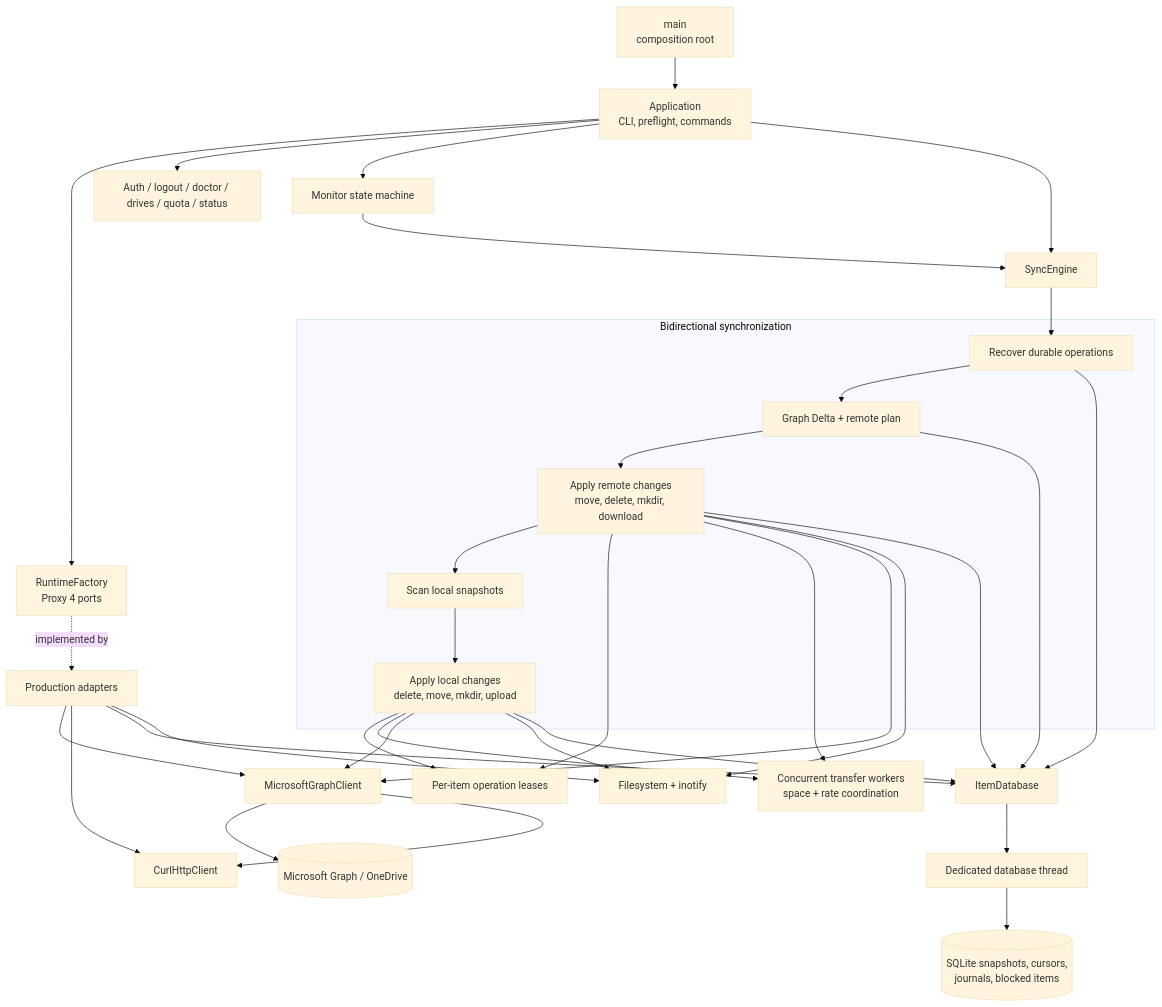
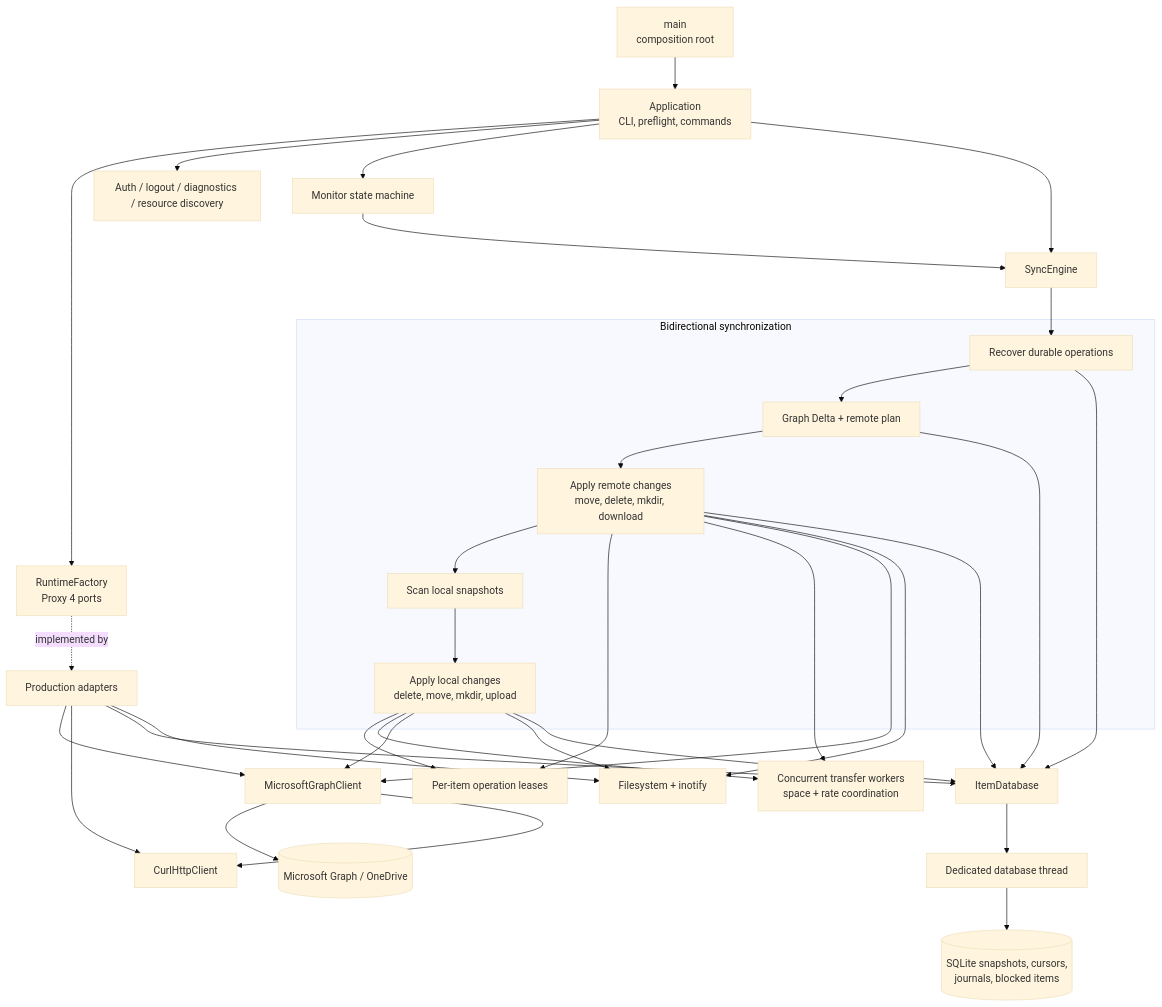
Before and after one commit to cloudfyy/onedrivecpp: the diagram in docs/architecture.md, drawn with Mermaid (base theme). The commit also changed 31 other files, not shown here.

````diff
--- a/docs/architecture.md
+++ b/docs/architecture.md
@@ -5,43 +5,43 @@
 ```mermaid
 flowchart TB
     main["main<br/>composition root"] --> app["Application<br/>CLI, preflight, commands"]
     app --> runtime["RuntimeFactory<br/>Proxy 4 ports"]
     runtime -. implemented by .-> adapters["Production adapters"]
 
-    app --> auth["Auth / logout / doctor / drives / quota / status"]
+    app --> auth["Auth / logout / diagnostics / resource discovery"]
     app --> monitor["Monitor state machine"]
     app --> engine["SyncEngine"]
 
     subgraph sync["Bidirectional synchronization"]
         recover["Recover durable operations"]
         delta["Graph Delta + remote plan"]
         remote["Apply remote changes<br/>move, delete, mkdir, download"]
         scan["Scan local snapshots"]
         local["Apply local changes<br/>delete, move, mkdir, upload"]
         recover --> delta --> remote --> scan --> local
     end
 
     engine --> recover
     monitor --> engine
     remote --> leases["Per-item operation leases"]
     local --> leases
     remote --> transfers["Concurrent transfer workers<br/>space + rate coordination"]
     local --> transfers
 
     adapters --> graph_client["MicrosoftGraphClient"]
     adapters --> http["CurlHttpClient"]
     adapters --> store["ItemDatabase"]
     adapters --> files["Filesystem + inotify"]
     graph_client --> cloud[("Microsoft Graph / OneDrive")]
     graph_client --> http
     remote --> graph_client
     local --> graph_client
     remote --> files
     local --> files
     recover --> store
     delta --> store
     remote --> store
     local --> store
     store --> db_thread["Dedicated database thread"]
     db_thread --> sqlite[("SQLite snapshots, cursors,<br/>journals, blocked items")]
 ```
````
